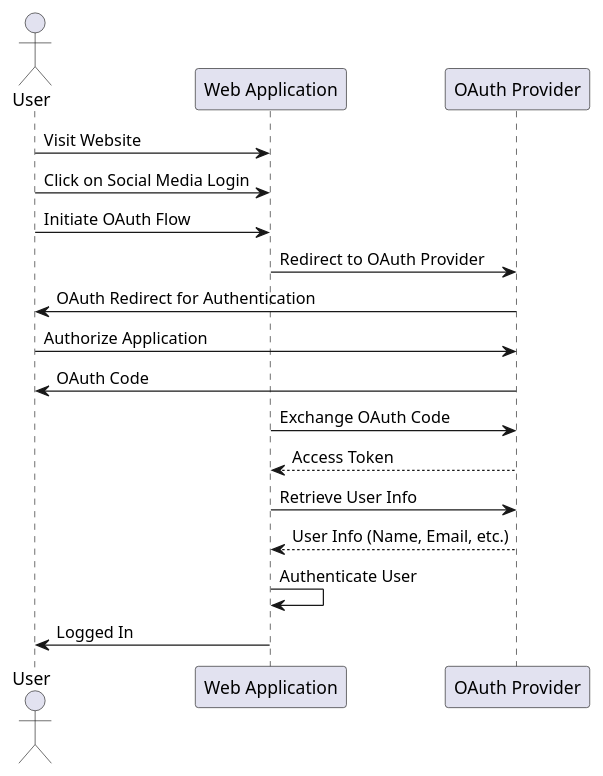
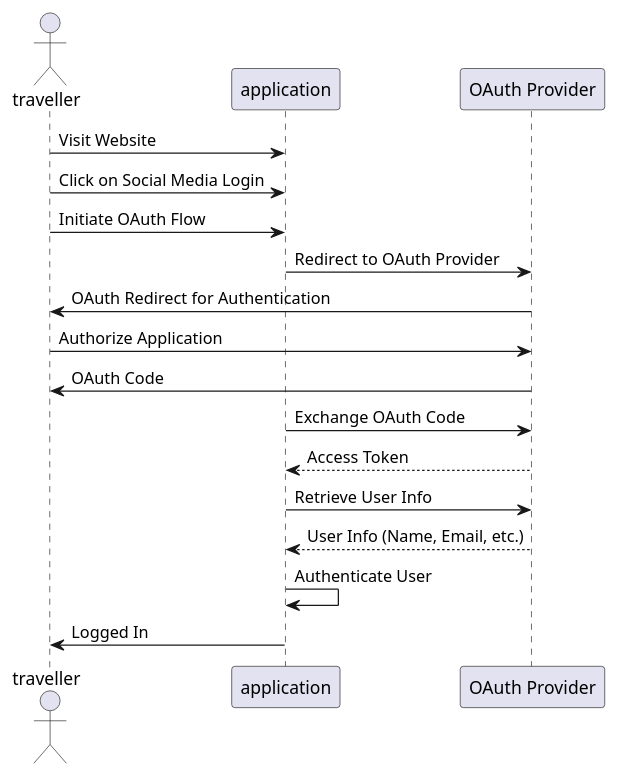
One commit to MadhbhavikaR/Oreilly-kata-mavericks changed the diagram in uml/social_login.puml. Above: the diagram before and after it, drawn with PlantUML.

```diff
--- a/uml/social_login.puml
+++ b/uml/social_login.puml
@@ -1,27 +1,27 @@
 @startuml
-actor User
-participant "Web Application" as WebApp
+actor traveller as traveller
+participant application as application
 participant "OAuth Provider" as OAuthProvider
 
-User -> WebApp: Visit Website
-User -> WebApp: Click on Social Media Login
+traveller -> application: Visit Website
+traveller -> application: Click on Social Media Login
 
-User -> WebApp: Initiate OAuth Flow
-WebApp -> OAuthProvider: Redirect to OAuth Provider
+traveller -> application: Initiate OAuth Flow
+application -> OAuthProvider: Redirect to OAuth Provider
 
-User <- OAuthProvider: OAuth Redirect for Authentication
-User -> OAuthProvider: Authorize Application
+traveller <- OAuthProvider: OAuth Redirect for Authentication
+traveller -> OAuthProvider: Authorize Application
 
-User <- OAuthProvider: OAuth Code
+traveller <- OAuthProvider: OAuth Code
 
-WebApp -> OAuthProvider: Exchange OAuth Code
-OAuthProvider --> WebApp: Access Token
+application -> OAuthProvider: Exchange OAuth Code
+OAuthProvider --> application: Access Token
 
-WebApp -> OAuthProvider: Retrieve User Info
-OAuthProvider --> WebApp: User Info (Name, Email, etc.)
+application -> OAuthProvider: Retrieve User Info
+OAuthProvider --> application: User Info (Name, Email, etc.)
 
-WebApp -> WebApp: Authenticate User
+application -> application: Authenticate User
 
-User <- WebApp: Logged In
+traveller <- application: Logged In
 
 @enduml
```
